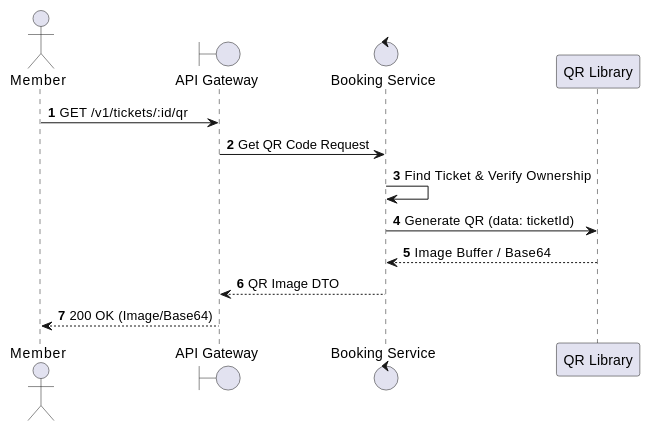
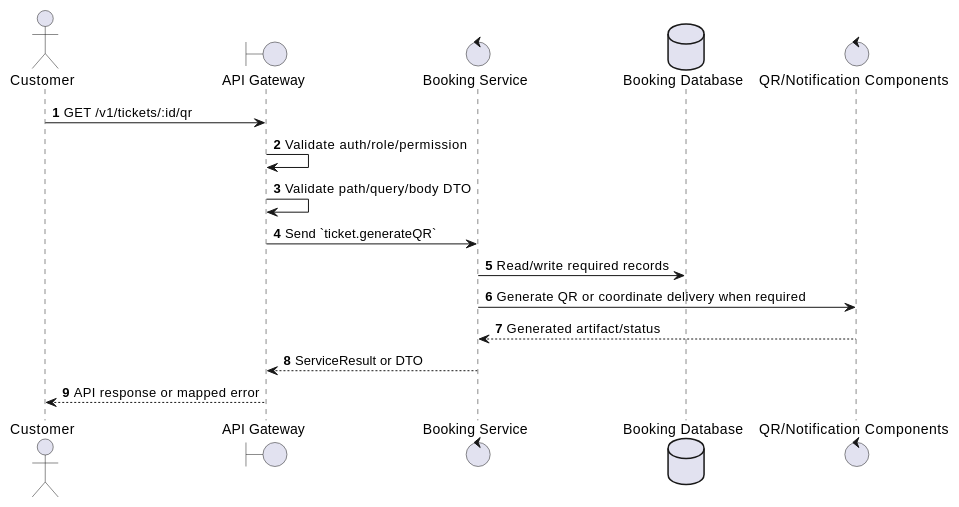
Before and after one commit to Tanh1603/movie-hub-architecture: the first of 2 diagrams in docs/functional_specs/3.7_Ticket_Management_Module/TK-05_Generate_QR_Code.md, drawn with PlantUML. The commit also changed other lines of this file and 126 other files, not shown here.

````diff
--- a/docs/functional_specs/3.7_Ticket_Management_Module/TK-05_Generate_QR_Code.md
+++ b/docs/functional_specs/3.7_Ticket_Management_Module/TK-05_Generate_QR_Code.md
@@ -17,17 +17,20 @@
 ```plantuml
 @startuml
 autonumber
-actor Member
+actor "Customer" as Actor
 boundary "API Gateway" as GW
-control "Booking Service" as BS
-participant "QR Library" as QR
+control "Booking Service" as SVC
+database "Booking Database" as DB
+control "QR/Notification Components" as EXT
 
-Member -> GW: GET /v1/tickets/:id/qr
-GW -> BS: Get QR Code Request
-BS -> BS: Find Ticket & Verify Ownership
-BS -> QR: Generate QR (data: ticketId)
-QR --> BS: Image Buffer / Base64
-BS --> GW: QR Image DTO
-GW --> Member: 200 OK (Image/Base64)
+Actor -> GW: GET /v1/tickets/:id/qr
+GW -> GW: Validate auth/role/permission
+GW -> GW: Validate path/query/body DTO
+GW -> SVC: Send `ticket.generateQR`
+SVC -> DB: Read/write required records
+SVC -> EXT: Generate QR or coordinate delivery when required
+EXT --> SVC: Generated artifact/status
+SVC --> GW: ServiceResult or DTO
+GW --> Actor: API response or mapped error
 @enduml
 ```
````
